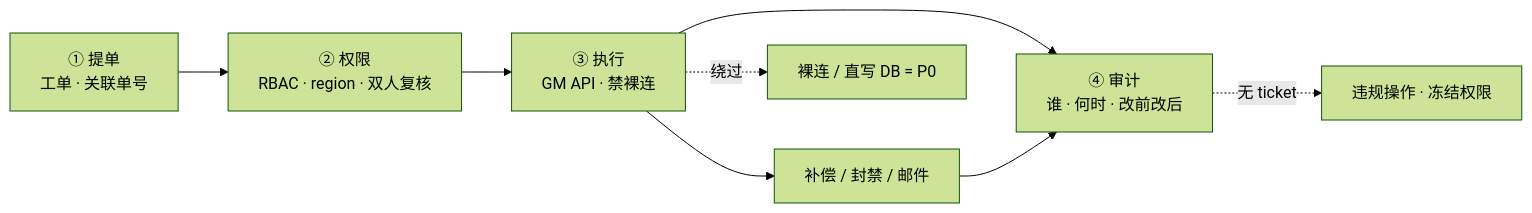
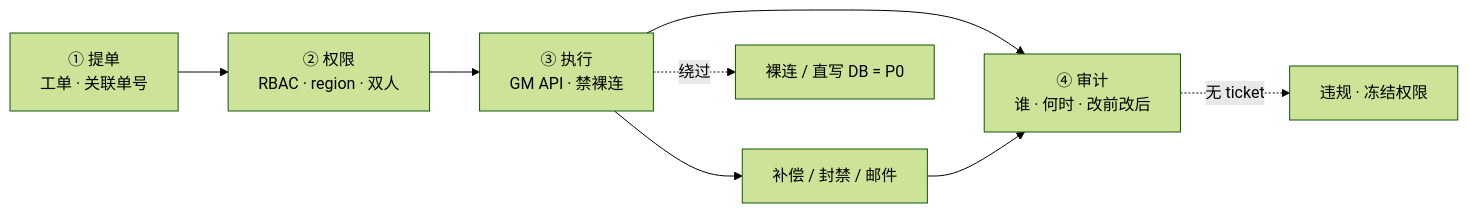
One commit to ml-cuizijun/LearnToLilith changed the first of 6 diagrams in 07-游戏运维专题/14-GM工具与运营支撑/知识点.md. Above: the diagram before and after it, drawn with Mermaid (forest theme). The commit also changed other lines of this file and 178 other files, not shown here.

````diff
--- a/07-游戏运维专题/14-GM工具与运营支撑/知识点.md
+++ b/07-游戏运维专题/14-GM工具与运营支撑/知识点.md
@@ -19,12 +15,10 @@
 ```mermaid
 flowchart LR
-    T["① 提单<br/>工单 · 关联单号"]
-    P["② 权限<br/>RBAC · region · 双人复核"]
-    E["③ 执行<br/>GM API · 禁裸连"]
-    A["④ 审计<br/>谁 · 何时 · 改前改后"]
-    T --> P --> E --> A
+    T["① 提单<br/>工单 · 关联单号"] --> P["② 权限<br/>RBAC · region · 双人"]
+    P --> E["③ 执行<br/>GM API · 禁裸连"]
+    E --> A["④ 审计<br/>谁 · 何时 · 改前改后"]
     E --> C["补偿 / 封禁 / 邮件"]
     C --> A
     E -.->|绕过| X["裸连 / 直写 DB = P0"]
-    A -.->|无 ticket| Y["违规操作 · 冻结权限"]
+    A -.->|无 ticket| Y["违规 · 冻结权限"]
 ```
````
